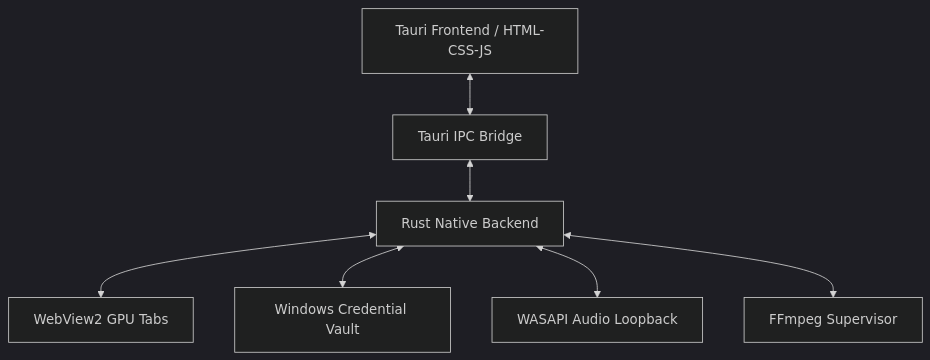
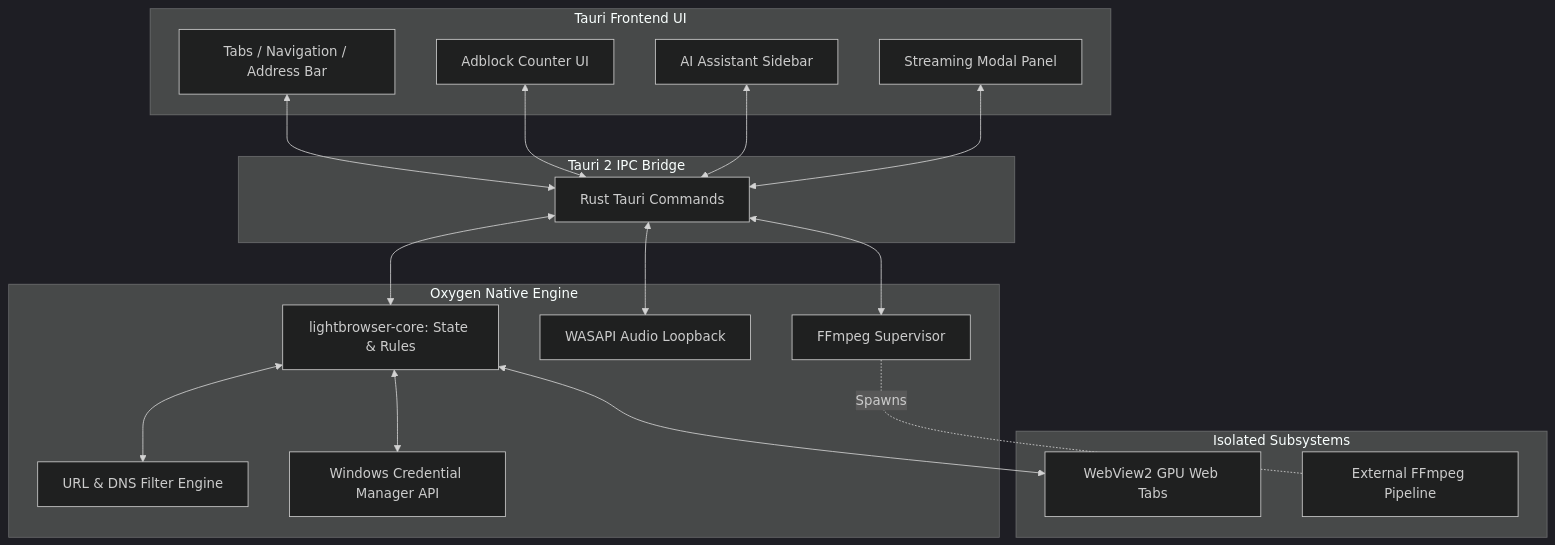
The diagram in README.md (PapyTechnologies/Oxygen), drawn with Mermaid (dark theme) before and after one commit. The commit also changed other lines of this file and 4 other files, not shown here.

````diff
--- a/README.md
+++ b/README.md
@@ -31,9 +122,40 @@
 ```mermaid
 flowchart TD
-    UI[Tauri Frontend / HTML-CSS-JS] <--> IPC[Tauri IPC Bridge]
-    IPC <--> RustCore[Rust Native Backend]
-    RustCore <--> WV2[WebView2 GPU Tabs]
-    RustCore <--> Keyring[Windows Credential Vault]
-    RustCore <--> Audio[WASAPI Audio Loopback]
-    RustCore <--> Stream[FFmpeg Supervisor]
+    subgraph Frontend [Tauri Frontend UI]
+        UI[Tabs / Navigation / Address Bar]
+        ShieldUI[Adblock Counter UI]
+        AIPanel[AI Assistant Sidebar]
+        StreamUI[Streaming Modal Panel]
+    end
+
+    subgraph IPC_Layer [Tauri 2 IPC Bridge]
+        Commands[Rust Tauri Commands]
+    end
+
+    subgraph Native_Backend [Oxygen Native Engine]
+        CoreEngine[lightbrowser-core: State & Rules]
+        Adblock[URL & DNS Filter Engine]
+        AudioLoopback[WASAPI Audio Loopback]
+        StreamSupervisor[FFmpeg Supervisor]
+        KeyringVault[Windows Credential Manager API]
+    end
+
+    subgraph Sandboxed_Runtimes [Isolated Subsystems]
+        WV2[WebView2 GPU Web Tabs]
+        ExtFFmpeg[External FFmpeg Pipeline]
+    end
+
+    UI <--> Commands
+    ShieldUI <--> Commands
+    AIPanel <--> Commands
+    StreamUI <--> Commands
+
+    Commands <--> CoreEngine
+    CoreEngine <--> Adblock
+    CoreEngine <--> KeyringVault
+    Commands <--> AudioLoopback
+    Commands <--> StreamSupervisor
+
+    CoreEngine <--> WV2
+    StreamSupervisor -. Spawns .- ExtFFmpeg
 ```
````
